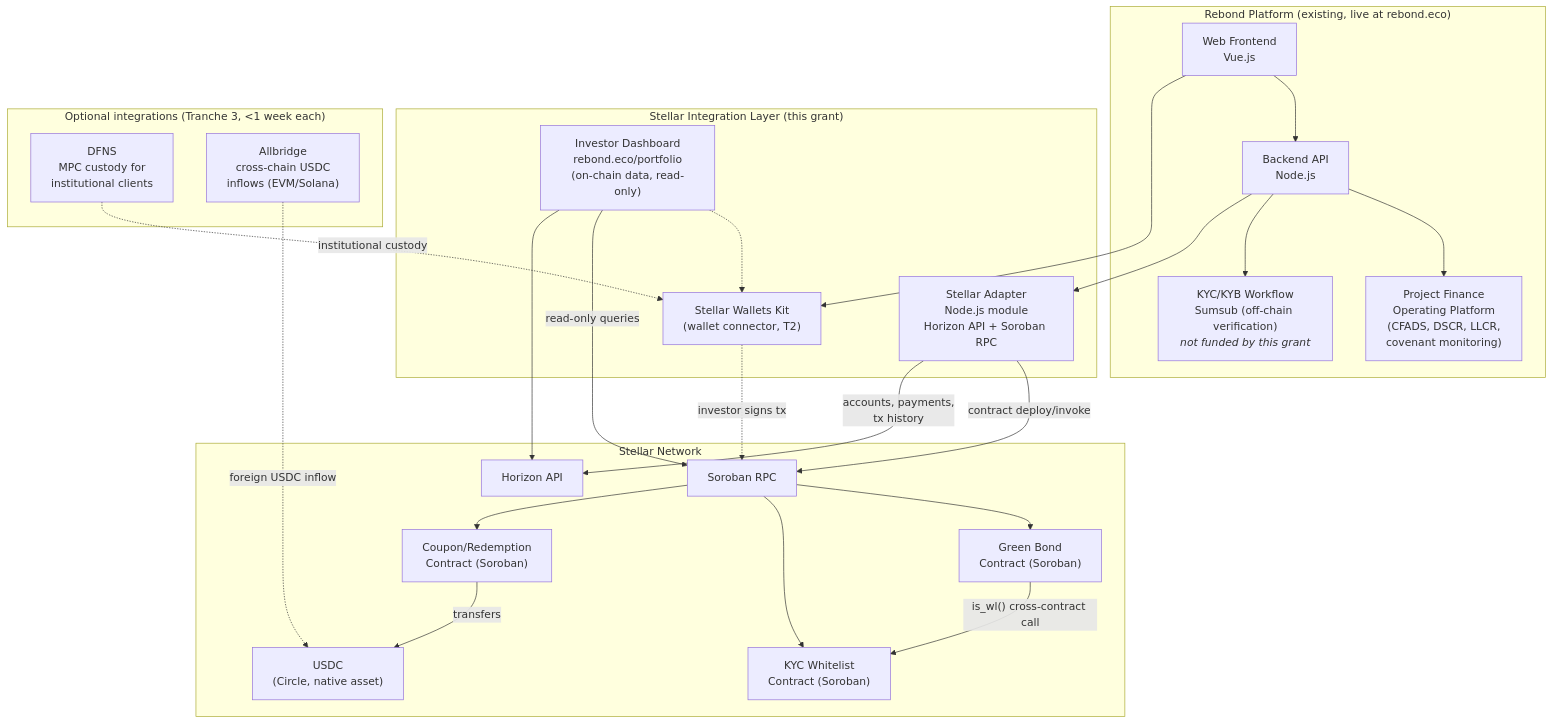
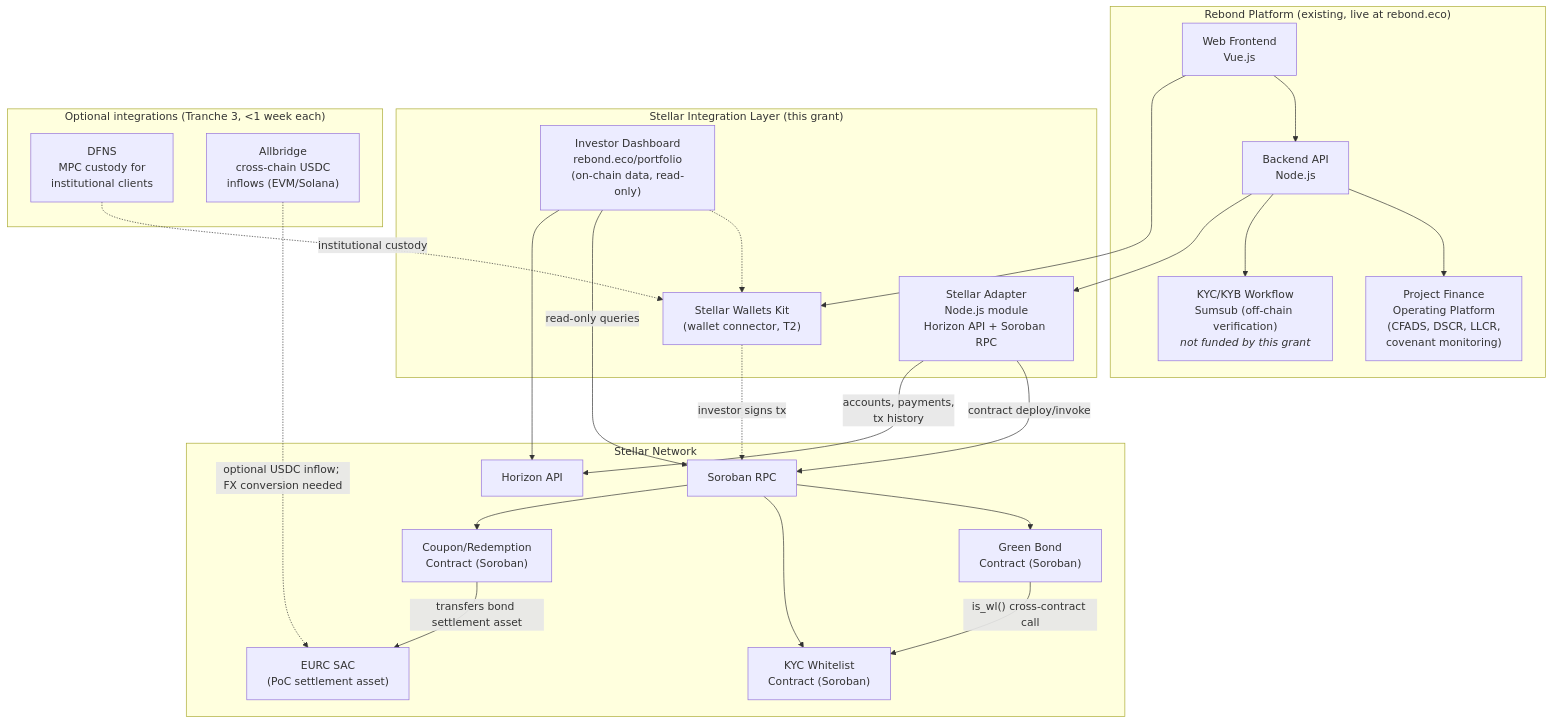
One commit to RenewableEnergyBond/soroban-green-bond changed the second of 4 diagrams in ARCHITECTURE.md. Above: the diagram before and after it, drawn with Mermaid. The commit also changed other lines of this file and 3 other files, not shown here.

````diff
--- a/ARCHITECTURE.md
+++ b/ARCHITECTURE.md
@@ -41,48 +41,48 @@
 ```mermaid
 graph TB
     subgraph "Rebond Platform (existing, live at rebond.eco)"
         UI["Web Frontend<br/>Vue.js"]
         API["Backend API<br/>Node.js"]
         PFOP["Project Finance<br/>Operating Platform<br/>(CFADS, DSCR, LLCR,<br/>covenant monitoring)"]
         KYCW["KYC/KYB Workflow<br/>Sumsub (off-chain verification)<br/><i>not funded by this grant</i>"]
     end
 
     subgraph "Stellar Integration Layer (this grant)"
         ADAPTER["Stellar Adapter<br/>Node.js module<br/>Horizon API + Soroban RPC"]
         DASH["Investor Dashboard<br/>rebond.eco/portfolio<br/>(on-chain data, read-only)"]
         SWK["Stellar Wallets Kit<br/>(wallet connector, T2)"]
     end
 
     subgraph "Optional integrations (Tranche 3, &lt;1 week each)"
         DFNS["DFNS<br/>MPC custody for<br/>institutional clients"]
         ALLBRIDGE["Allbridge<br/>cross-chain USDC<br/>inflows (EVM/Solana)"]
     end
 
     subgraph "Stellar Network"
         GB["Green Bond<br/>Contract (Soroban)"]
         WL["KYC Whitelist<br/>Contract (Soroban)"]
         CR["Coupon/Redemption<br/>Contract (Soroban)"]
-        USDC["USDC<br/>(Circle, native asset)"]
+        SETTLEMENT["EURC SAC<br/>(PoC settlement asset)"]
         HORIZON["Horizon API"]
         RPC["Soroban RPC"]
     end
 
     UI --> API
     API --> PFOP
     API --> KYCW
     API --> ADAPTER
     UI --> SWK
     SWK -.->|"investor signs tx"| RPC
     DASH -.-> SWK
     DFNS -.->|"institutional custody"| SWK
-    ALLBRIDGE -.->|"foreign USDC inflow"| USDC
+    ALLBRIDGE -.->|"optional USDC inflow; FX conversion needed"| SETTLEMENT
     ADAPTER -->|"contract deploy/invoke"| RPC
     ADAPTER -->|"accounts, payments,<br/>tx history"| HORIZON
     RPC --> GB
     RPC --> WL
     RPC --> CR
-    CR -->|"transfers"| USDC
+    CR -->|"transfers bond settlement asset"| SETTLEMENT
     GB -->|"is_wl() cross-contract call"| WL
     DASH -->|"read-only queries"| RPC
     DASH --> HORIZON
 ```
````
